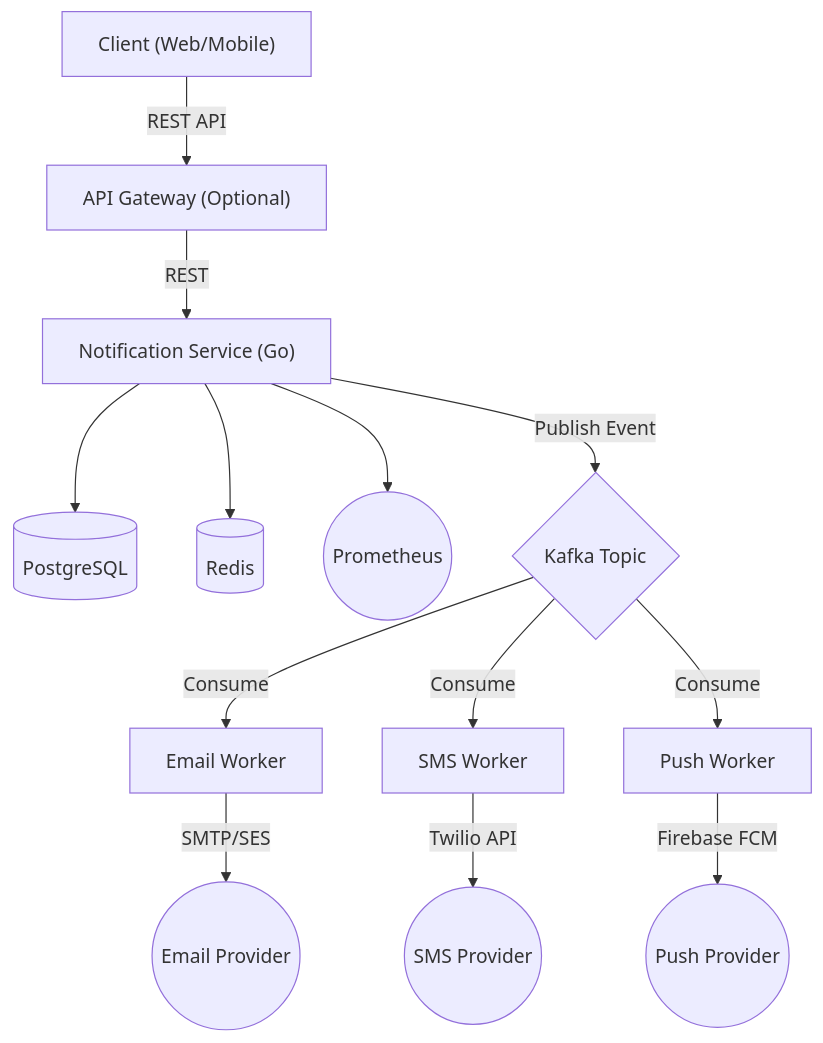
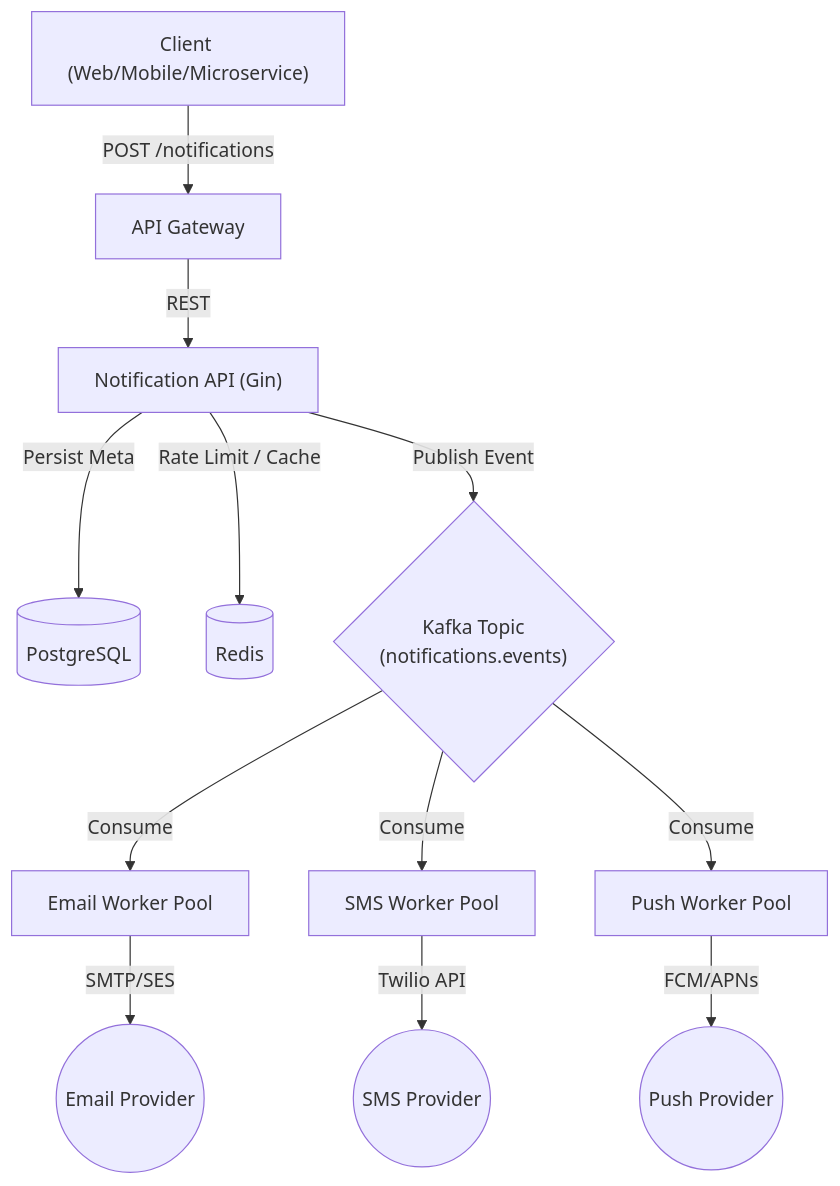
One commit to Amanporwal123/notification-service changed the diagram in README.md. Above: the diagram before and after it, drawn with Mermaid. The commit also changed other lines of this file and 2 other files, not shown here.

Commit message:
docs: refresh README architecture, add GORM integration to domain models, and update repository database initialization

````diff
--- a/README.md
+++ b/README.md
@@ -8,19 +16,18 @@
 ```mermaid
 flowchart TD
-    Client["Client (Web/Mobile)"] -->|REST API| API_Gateway["API Gateway (Optional)"]
-    API_Gateway -->|REST| Notification_Service["Notification Service (Go)"]
+    Client["Client (Web/Mobile/Microservice)"] -->|POST /notifications| API_Gateway["API Gateway"]
+    API_Gateway -->|REST| Notification_Service["Notification API (Gin)"]
     
-    Notification_Service --> Postgres[(PostgreSQL)]
-    Notification_Service --> Redis[(Redis)]
-    Notification_Service --> Prometheus(("Prometheus"))
+    Notification_Service -->|Persist Meta| Postgres[(PostgreSQL)]
+    Notification_Service -->|Rate Limit / Cache| Redis[(Redis)]
     
-    Notification_Service -->|Publish Event| Kafka{"Kafka Topic"}
+    Notification_Service -->|Publish Event| Kafka{"Kafka Topic\n(notifications.events)"}
     
-    Kafka -->|Consume| Email_Worker["Email Worker"]
-    Kafka -->|Consume| SMS_Worker["SMS Worker"]
-    Kafka -->|Consume| Push_Worker["Push Worker"]
+    Kafka -->|Consume| Email_Worker["Email Worker Pool"]
+    Kafka -->|Consume| SMS_Worker["SMS Worker Pool"]
+    Kafka -->|Consume| Push_Worker["Push Worker Pool"]
     
     Email_Worker -->|SMTP/SES| Email_Provider(("Email Provider"))
     SMS_Worker -->|Twilio API| SMS_Provider(("SMS Provider"))
-    Push_Worker -->|Firebase FCM| Push_Provider(("Push Provider"))
+    Push_Worker -->|FCM/APNs| Push_Provider(("Push Provider"))
 ```
````
